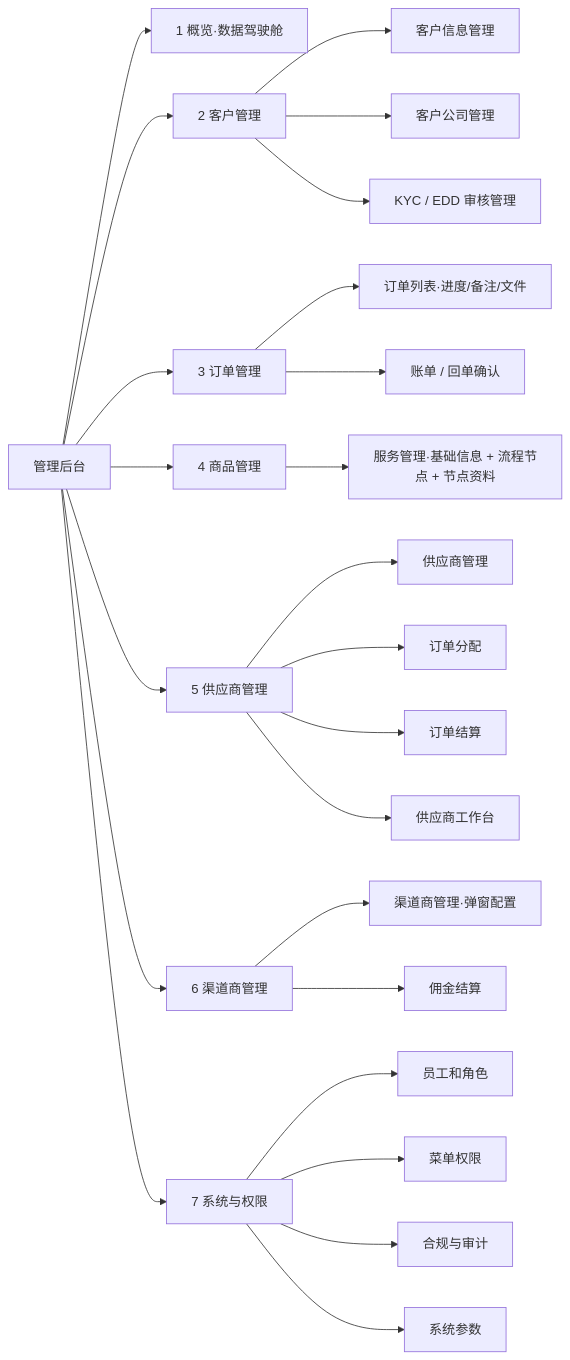
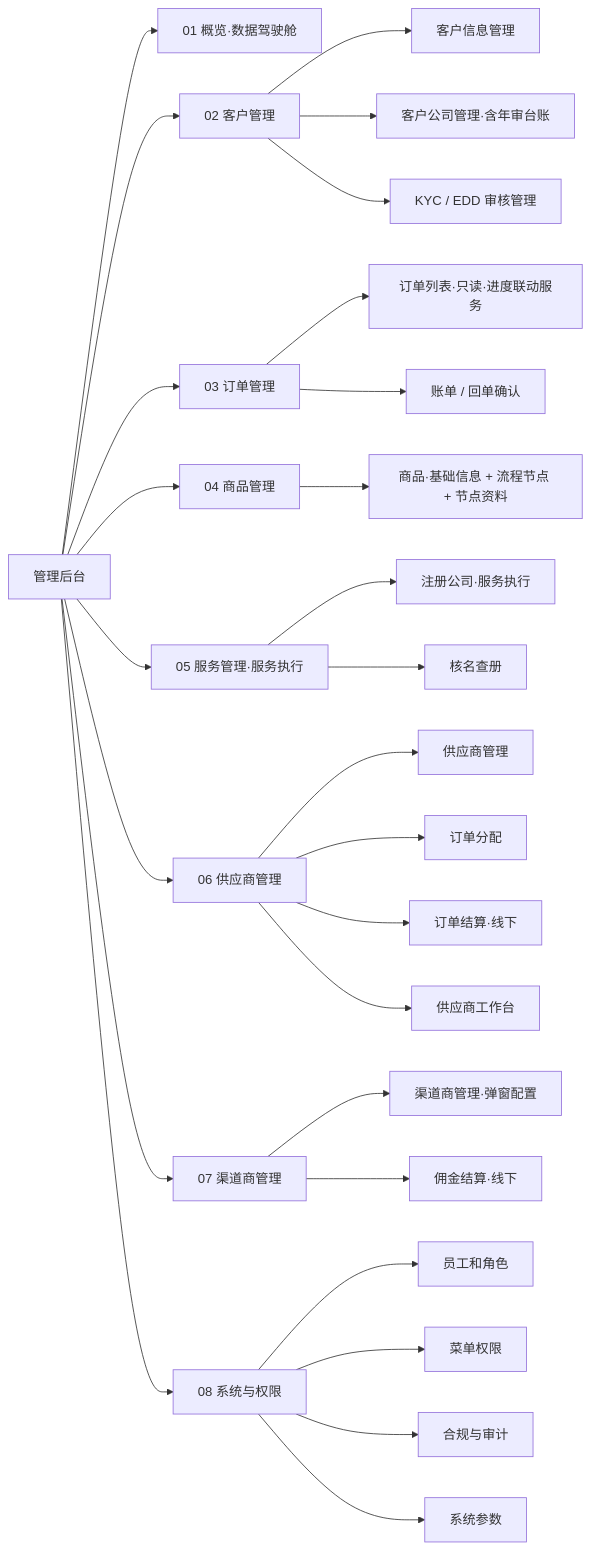
One commit to xiahan3/leapex_Leapexbiz changed the first of 2 diagrams in docs/PRD_Leapexbiz管理后台_v1.0.md. Above: the diagram before and after it, drawn with Mermaid. The commit also changed other lines of this file and 1 other file, not shown here.

Commit message:
后台再优化(7项)：概览去营收趋势+业务流程总览;KYC/EDD审核状态自适应(待审/EDD/冻结/通过/拒绝各操作)+打通小程序提交内容(手机人脸/证件/地址/业务资金/实益拥有人);服务管理更名商品;新增服务管理大类(05,注册公司服务执行台+核名查册,置供应商前);删交付物+年审/变更模块及代码;订单详情改只读(去客户可见、进度联动服务不可改、加取消订单、文件仅看/下载);PRD模块结构同步为8大模块

````diff
--- a/docs/PRD_Leapexbiz管理后台_v1.0.md
+++ b/docs/PRD_Leapexbiz管理后台_v1.0.md
@@ -52,26 +54,29 @@
 ```mermaid
 graph LR
-  A[管理后台] --> M1[1 概览·数据驾驶舱]
-  A --> M2[2 客户管理]
-  A --> M3[3 订单管理]
-  A --> M4[4 商品管理]
-  A --> M5[5 供应商管理]
-  A --> M6[6 渠道商管理]
-  A --> M7[7 系统与权限]
+  A[管理后台] --> M1[01 概览·数据驾驶舱]
+  A --> M2[02 客户管理]
+  A --> M3[03 订单管理]
+  A --> M4[04 商品管理]
+  A --> M5[05 服务管理·服务执行]
+  A --> M6[06 供应商管理]
+  A --> M7[07 渠道商管理]
+  A --> M8[08 系统与权限]
   M2 --> M2a[客户信息管理]
-  M2 --> M2b[客户公司管理]
+  M2 --> M2b[客户公司管理·含年审台账]
   M2 --> M2c[KYC / EDD 审核管理]
-  M3 --> M3a[订单列表·进度/备注/文件]
+  M3 --> M3a[订单列表·只读·进度联动服务]
   M3 --> M3b[账单 / 回单确认]
-  M4 --> M4a[服务管理·基础信息 + 流程节点 + 节点资料]
-  M5 --> M5a[供应商管理]
-  M5 --> M5b[订单分配]
-  M5 --> M5c[订单结算]
-  M5 --> M5d[供应商工作台]
-  M6 --> M6a[渠道商管理·弹窗配置]
-  M6 --> M6b[佣金结算]
-  M7 --> M7a[员工和角色]
-  M7 --> M7b[菜单权限]
-  M7 --> M7c[合规与审计]
-  M7 --> M7d[系统参数]
+  M4 --> M4a[商品·基础信息 + 流程节点 + 节点资料]
+  M5 --> M5x[注册公司·服务执行]
+  M5 --> M5y[核名查册]
+  M6 --> M6a[供应商管理]
+  M6 --> M6b[订单分配]
+  M6 --> M6c[订单结算·线下]
+  M6 --> M6d[供应商工作台]
+  M7 --> M7a[渠道商管理·弹窗配置]
+  M7 --> M7b[佣金结算·线下]
+  M8 --> M8a[员工和角色]
+  M8 --> M8b[菜单权限]
+  M8 --> M8c[合规与审计]
+  M8 --> M8d[系统参数]
 ```
````
